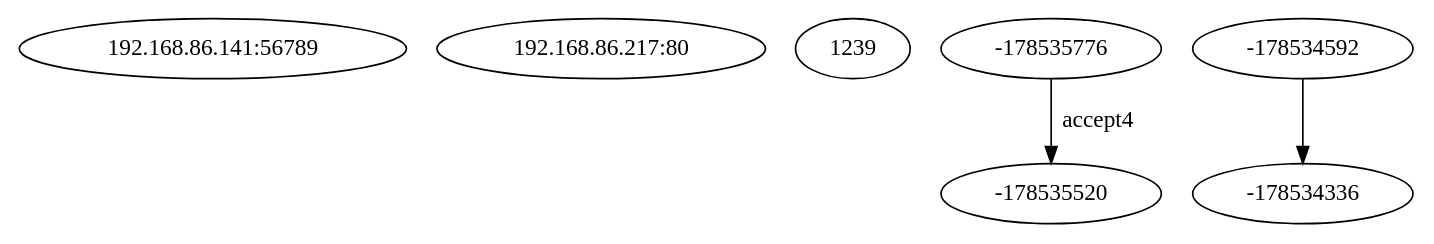
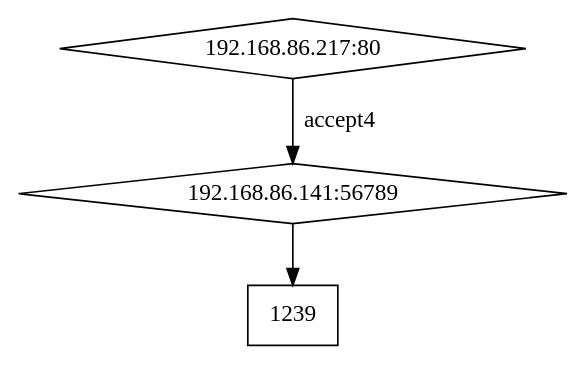
Before and after one commit to PickleLily/syscall-graph-gen: the diagram in final_g2/graphs/graph1.dot, drawn with Graphviz. The commit also changed 6 other files, not shown here.

Commit message:
creating multiple graphs WITH accept4 handled correctly!

```diff
--- a/final_g2/graphs/graph1.dot
+++ b/final_g2/graphs/graph1.dot
@@ -1,7 +1,7 @@
 digraph nginx_syscalls {
-  0 [label="192.168.86.141:56789"];
-  1 [label="192.168.86.217:80"];
-  2 [label="1239"];
-  -178535776 -> -178535520 [label="accept4"];
-  -178534592 -> -178534336 [label=""];
+  0 [label="192.168.86.141:56789" shape=diamond];
+  1 [label="192.168.86.217:80" shape=diamond];
+  2 [label="1239" shape=rectangle];
+  1 -> 0 [label="accept4"];
+  0 -> 2 [label=""];
 }
```
